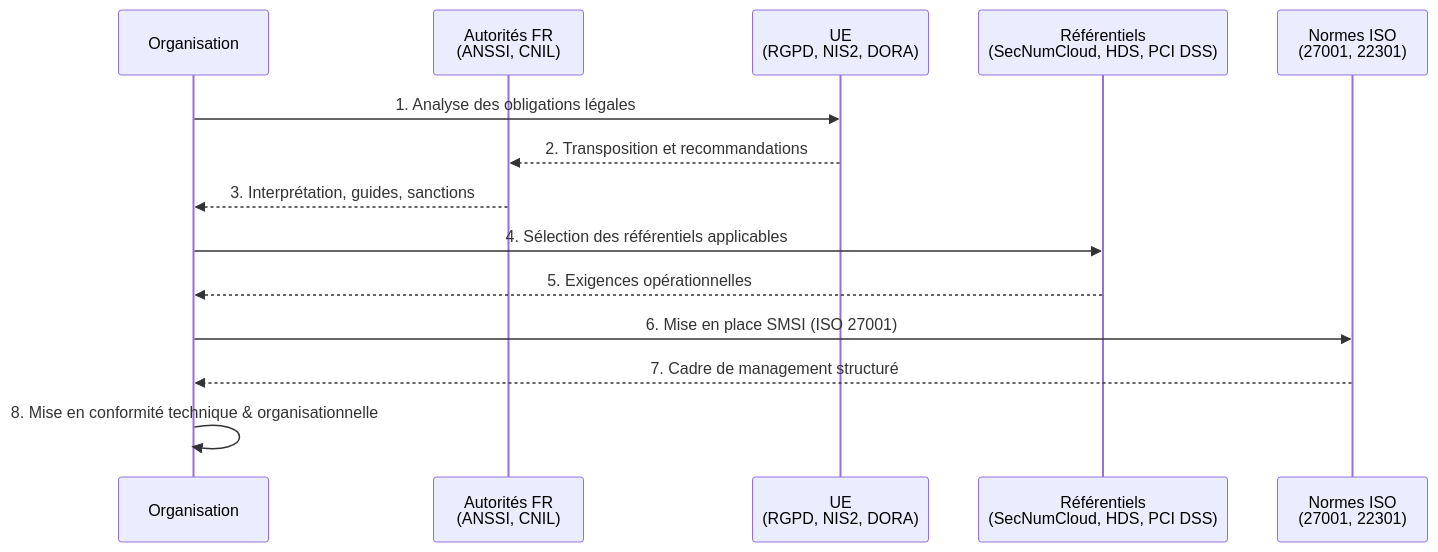
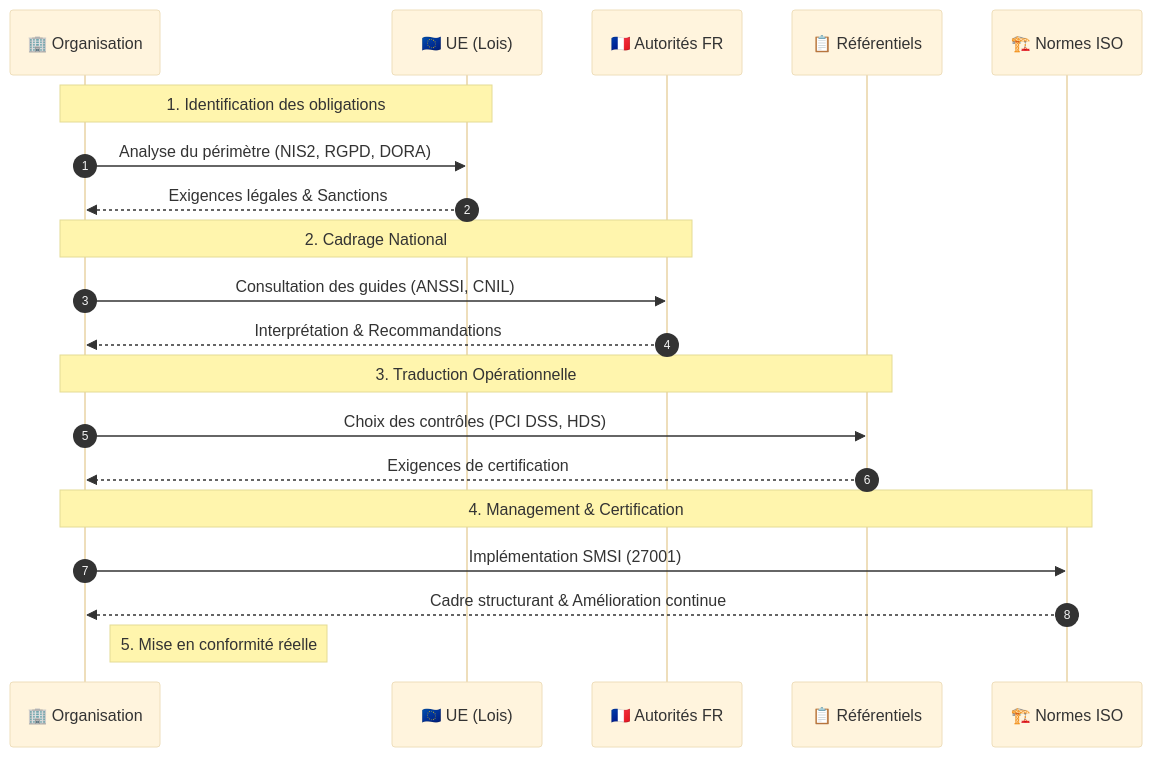
The diagram in docs/cyber/governance/refs-normes/index.md (zyrass/omnydocs), drawn with Mermaid before and after one commit. The commit also changed other lines of this file and 1246 other files, not shown here.

````diff
--- a/docs/cyber/governance/refs-normes/index.md
+++ b/docs/cyber/governance/refs-normes/index.md
@@ -84,20 +84,31 @@
 ```mermaid
+---
+config:
+  theme: "base"
+---
 sequenceDiagram
-    participant Org as Organisation
-    participant FR as Autorités FR<br/>(ANSSI, CNIL)
-    participant EU as UE<br/>(RGPD, NIS2, DORA)
-    participant Ref as Référentiels<br/>(SecNumCloud, HDS, PCI DSS)
-    participant ISO as Normes ISO<br/>(27001, 22301)
+    autonumber
+    participant Org as 🏢 Organisation
+    participant EU as 🇪🇺 UE (Lois)
+    participant FR as 🇫🇷 Autorités FR
+    participant Ref as 📋 Référentiels
+    participant ISO as 🏗️ Normes ISO
 
-    Org->>EU: 1. Analyse des obligations légales
-    EU-->>FR: 2. Transposition et recommandations
-    FR-->>Org: 3. Interprétation, guides, sanctions
+    Note over Org, EU: 1. Identification des obligations
+    Org->>EU: Analyse du périmètre (NIS2, RGPD, DORA)
+    EU-->>Org: Exigences légales & Sanctions
 
-    Org->>Ref: 4. Sélection des référentiels applicables
-    Ref-->>Org: 5. Exigences opérationnelles
+    Note over Org, FR: 2. Cadrage National
+    Org->>FR: Consultation des guides (ANSSI, CNIL)
+    FR-->>Org: Interprétation & Recommandations
 
-    Org->>ISO: 6. Mise en place SMSI (ISO 27001)
-    ISO-->>Org: 7. Cadre de management structuré
+    Note over Org, Ref: 3. Traduction Opérationnelle
+    Org->>Ref: Choix des contrôles (PCI DSS, HDS)
+    Ref-->>Org: Exigences de certification
 
-    Org->>Org: 8. Mise en conformité technique & organisationnelle
+    Note over Org, ISO: 4. Management & Certification
+    Org->>ISO: Implémentation SMSI (27001)
+    ISO-->>Org: Cadre structurant & Amélioration continue
+
+    Note right of Org: 5. Mise en conformité réelle
 ```
````
